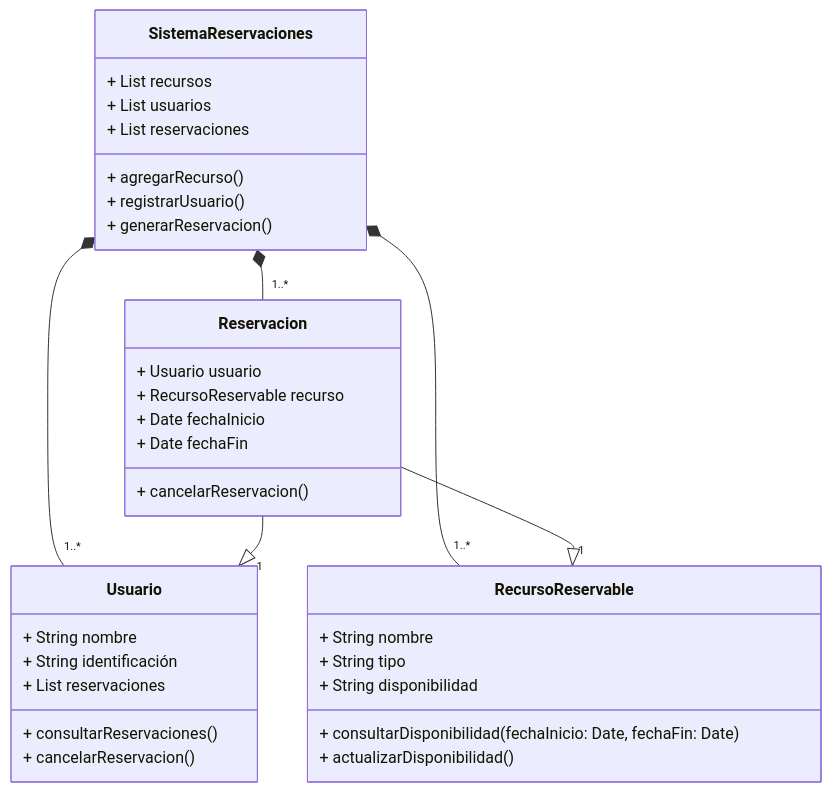
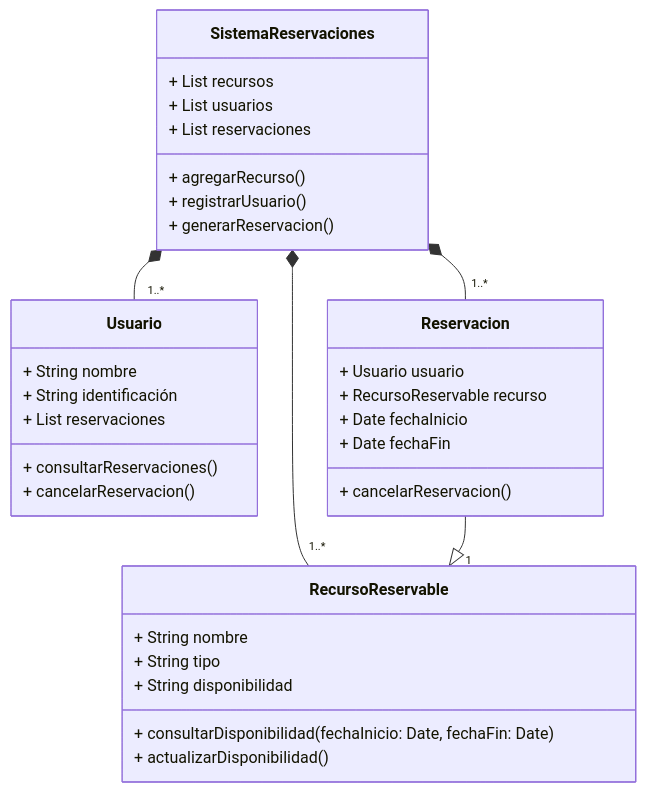
One commit to JuanPRodriguezzz/Reto_02_POO changed the diagram in README.md. Above: the diagram before and after it, drawn with Mermaid.

````diff
--- a/README.md
+++ b/README.md
@@ -7,44 +7,43 @@
 ```mermaid
 
 classDiagram
     class SistemaReservaciones {
         + List recursos
         + List usuarios
         + List reservaciones
         + agregarRecurso()
         + registrarUsuario()
         + generarReservacion()
     }
 
     class Usuario {
         + String nombre
         + String identificación
         + List reservaciones
         + consultarReservaciones()
         + cancelarReservacion()
     }
 
     class RecursoReservable {
         + String nombre
         + String tipo
         + String disponibilidad
         + consultarDisponibilidad(fechaInicio: Date, fechaFin: Date)
         + actualizarDisponibilidad()
     }
 
     class Reservacion {
         + Usuario usuario
         + RecursoReservable recurso
         + Date fechaInicio
         + Date fechaFin
         + cancelarReservacion()
     }
 
     SistemaReservaciones *-- "1..*" Usuario
     SistemaReservaciones *-- "1..*" RecursoReservable
     SistemaReservaciones *-- "1..*" Reservacion
-    Reservacion --|> "1" Usuario
     Reservacion --|> "1" RecursoReservable
     
 
 ```
````
